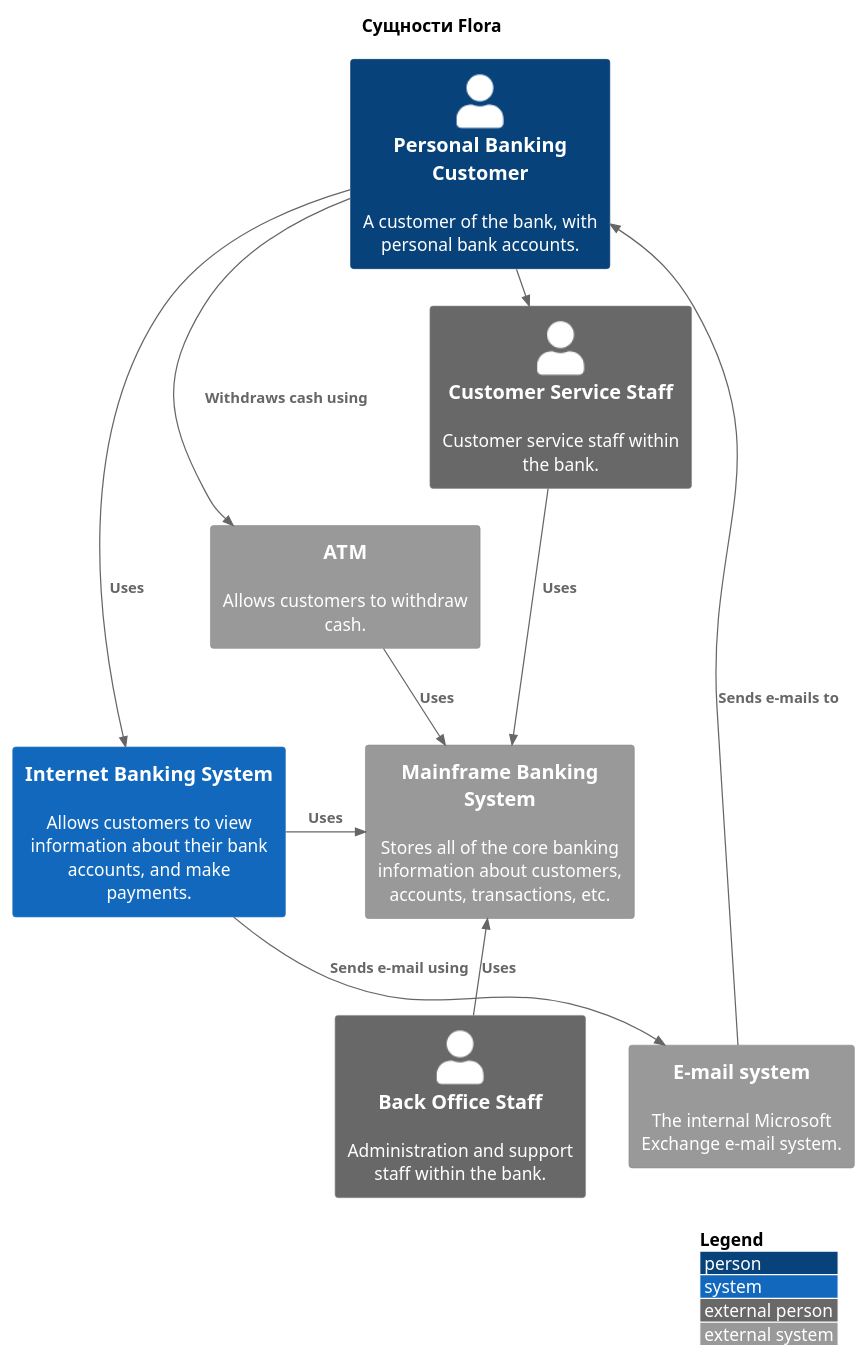
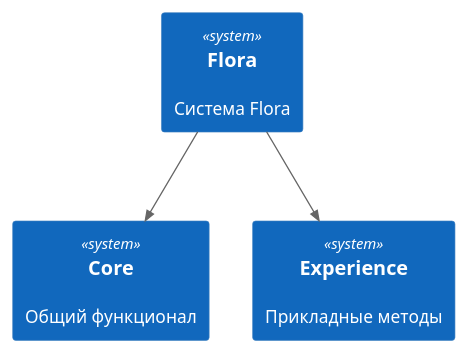
The diagram in static/05_img/flora.puml (lulya31/some), drawn with PlantUML before and after one commit. The commit also changed other lines of this file and 60 other files, not shown here.

```diff
--- a/static/05_img/flora.puml
+++ b/static/05_img/flora.puml
@@ -4,50 +4,55 @@
 @startuml
 
 '!include https://raw.githubusercontent.com/plantuml-stdlib/C4-PlantUML/master/C4_Context.puml
 
 ' uncomment the following line and comment the first to use locally
 ' !include C4_Context.puml
 
 !include static/includes/c4_context.puml
 
-skinparam svgLinkTarget _blank
+'skinparam svgLinkTarget _blank
 
-'LAYOUT_TOP_DOWN()
+skinparam backgroundcolor transparent
+
+LAYOUT_TOP_DOWN()
 
 'LAYOUT_AS_SKETCH()
+'LAYOUT_WITH_LEGEND()
 
-LAYOUT_WITH_LEGEND()
+'title Сущности Flora df
 
-title Сущности Flora
+'Person(customer, Personal Banking Customer, "A customer of the bank, with personal bank accounts.", $link="https://github.com/plantuml-stdlib/C4-PlantUML")
 
-Person(customer, Personal Banking Customer, "A customer of the bank, with personal bank accounts.", $link="https://github.com/plantuml-stdlib/C4-PlantUML")
+System(flora, "Flora", "Система Flora")
+System(core, "Core", "Общий функционал", $link="/05_c4/01_core/")
+System(experience, "Experience", "Прикладные методы", $link="/05_c4/02_experience/")
 
 'Enterprise_Boundary(c0, "Big Bank plc") {
-    System(banking_system, "Internet Banking System", "Allows customers to view information about their bank accounts, and make payments.")
+'System(banking_system, "Internet Banking System", "Allows customers to view information about their bank accounts, and make payments.")
 
-    System_Ext(atm, "ATM", "Allows customers to withdraw cash.")
-    System_Ext(mail_system, "E-mail system", "The internal Microsoft Exchange e-mail system.")
+'System_Ext(atm, "ATM", "Allows customers to withdraw cash.")
+'System_Ext(mail_system, "E-mail system", "The internal Microsoft Exchange e-mail system.")
 
-    System_Ext(mainframe, "Mainframe Banking System", "Stores all of the core banking information about customers, accounts, transactions, etc.")
+'System_Ext(mainframe, "Mainframe Banking System", "Stores all of the core banking information about customers, accounts, transactions, etc.")
 
-    Person_Ext(customer_service, "Customer Service Staff", "Customer service staff within the bank.")
-    Person_Ext(back_office, "Back Office Staff", "Administration and support staff within the bank.")
+'Person_Ext(customer_service, "Customer Service Staff", "Customer service staff within the bank.")
+'Person_Ext(back_office, "Back Office Staff", "Administration and support staff within the bank.")
 '}
 
-Rel_Neighbor(customer, banking_system, "Uses")
-Rel_R(customer, atm, "Withdraws cash using")
-Rel_Back(customer, mail_system, "Sends e-mails to")
+'Rel_Neighbor(customer, banking_system, "Uses")
+'Rel_R(customer, atm, "Withdraws cash using")
+'Rel_Back(customer, mail_system, "Sends e-mails to")
+'Rel_R(customer, customer_service, "Asks questions to", "Telephone")
+'Rel_D(banking_system, mail_system, "Sends e-mail using")
+'Rel_R(atm, mainframe, "Uses")
+'Rel_R(banking_system, mainframe, "Uses")
+'Rel_D(customer_service, mainframe, "Uses")
+'Rel_U(back_office, mainframe, "Uses")
 
-Rel_R(customer, customer_service, "Asks questions to", "Telephone")
+Rel_D(flora, core, "")
+Rel_D(flora, experience, "")
 
-Rel_D(banking_system, mail_system, "Sends e-mail using")
-Rel_R(atm, mainframe, "Uses")
-Rel_R(banking_system, mainframe, "Uses")
-Rel_D(customer_service, mainframe, "Uses")
-Rel_U(back_office, mainframe, "Uses")
-
-Lay_D(atm, banking_system)
-
-Lay_D(atm, customer)
-Lay_U(mail_system, customer)
+'Lay_D(atm, banking_system)
+'Lay_D(atm, customer)
+'Lay_U(mail_system, customer)
 @enduml
```
